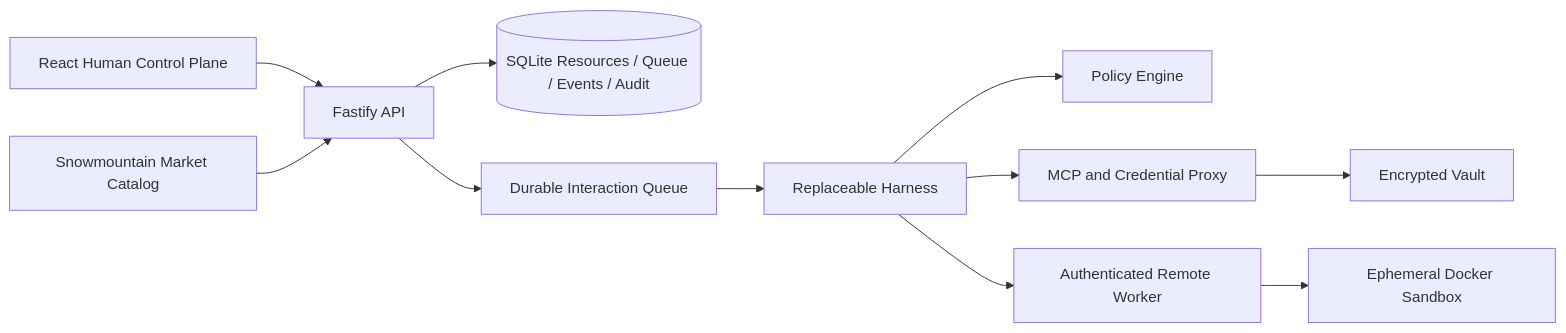
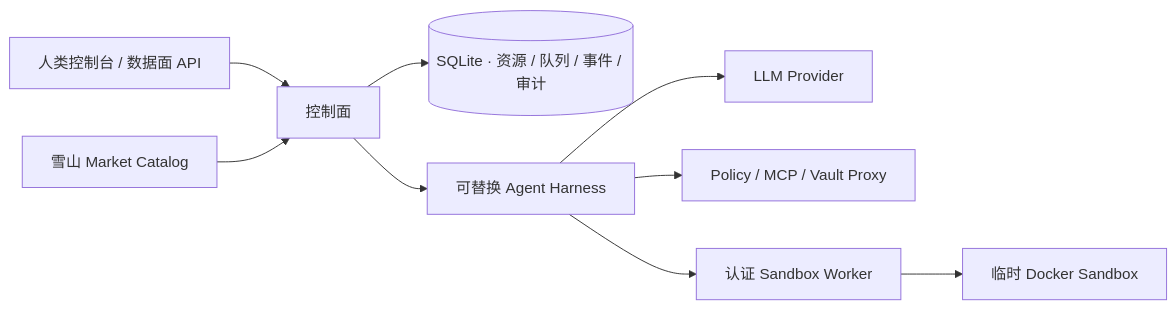
The diagram in README.md (Xiamu-ssr/snowmountain-ark), drawn with Mermaid before and after one commit. The commit also changed other lines of this file and 8 other files, not shown here.

````diff
--- a/README.md
+++ b/README.md
@@ -27,13 +37,11 @@
 ```mermaid
 flowchart LR
-    UI[React Human Control Plane] --> API[Fastify API]
-    API --> DB[(SQLite Resources / Queue / Events / Audit)]
-    API --> Q[Durable Interaction Queue]
-    Q --> H[Replaceable Harness]
-    H --> P[Policy Engine]
-    H --> MP[MCP and Credential Proxy]
-    MP --> V[Encrypted Vault]
-    H --> RW[Authenticated Remote Worker]
-    RW --> S[Ephemeral Docker Sandbox]
-    M[Snowmountain Market Catalog] --> API
+    U["人类控制台 / 数据面 API"] --> C["控制面"]
+    C --> D[("SQLite · 资源 / 队列 / 事件 / 审计")]
+    C --> H["可替换 Agent Harness"]
+    H --> L["LLM Provider"]
+    H --> P["Policy / MCP / Vault Proxy"]
+    H --> W["认证 Sandbox Worker"]
+    W --> S["临时 Docker Sandbox"]
+    M["雪山 Market Catalog"] --> C
 ```
````
